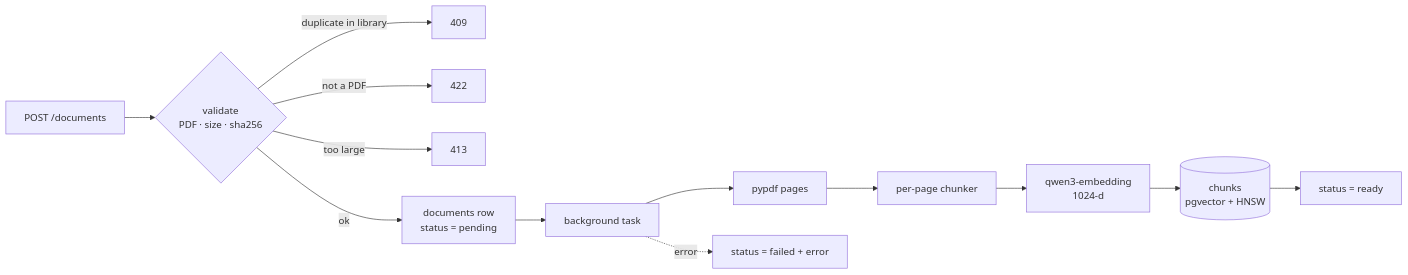
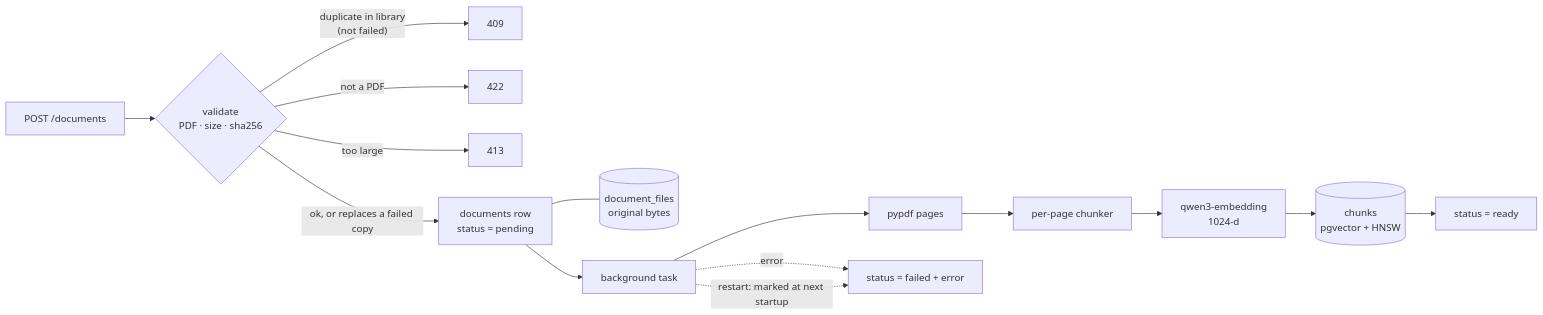
One commit to reddybharat/sidekick changed the fifth of 6 diagrams in docs/ARCHITECTURE.md. Above: the diagram before and after it, drawn with Mermaid. The commit also changed other lines of this file and 19 other files, not shown here.

````diff
--- a/docs/ARCHITECTURE.md
+++ b/docs/ARCHITECTURE.md
@@ -139,12 +139,14 @@
 ```mermaid
 flowchart LR
     up["POST /documents"] --> val{"validate<br/>PDF · size · sha256"}
-    val -- "duplicate in library" --> dup["409"]
+    val -- "duplicate in library<br/>(not failed)" --> dup["409"]
     val -- "not a PDF" --> bad["422"]
     val -- "too large" --> big["413"]
-    val -- ok --> pend["documents row<br/>status = pending"]
+    val -- "ok, or replaces a failed copy" --> pend["documents row<br/>status = pending"]
+    pend --- file[("document_files<br/>original bytes")]
     pend --> bg["background task"]
     bg --> load["pypdf pages"] --> chunk["per-page chunker"] --> emb["qwen3-embedding<br/>1024-d"] --> store[("chunks<br/>pgvector + HNSW")]
     store --> ready["status = ready"]
     bg -. error .-> failed["status = failed + error"]
+    bg -. "restart: marked at next startup" .-> failed
 ```
````
